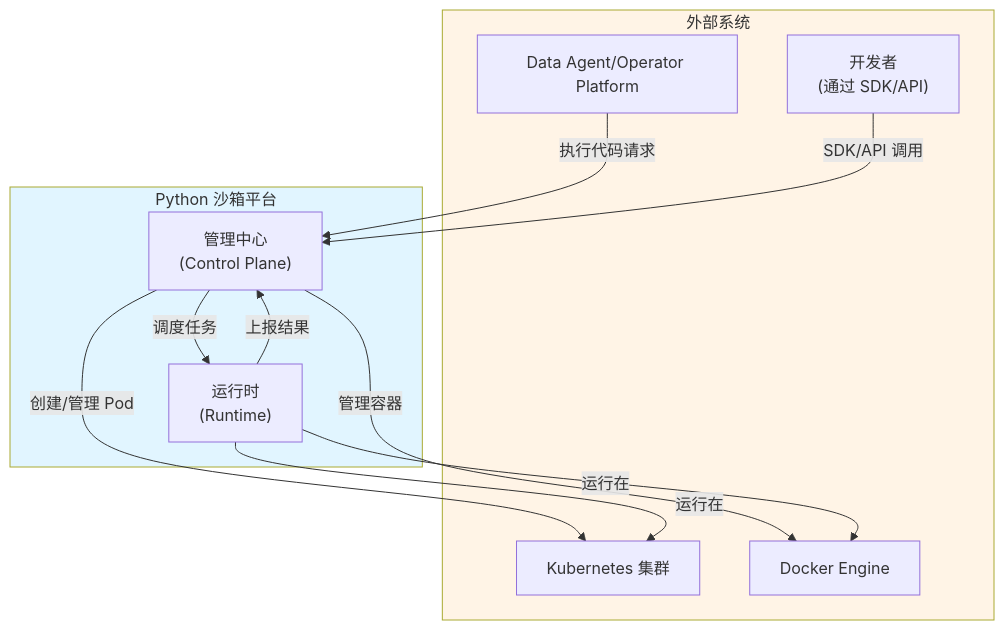
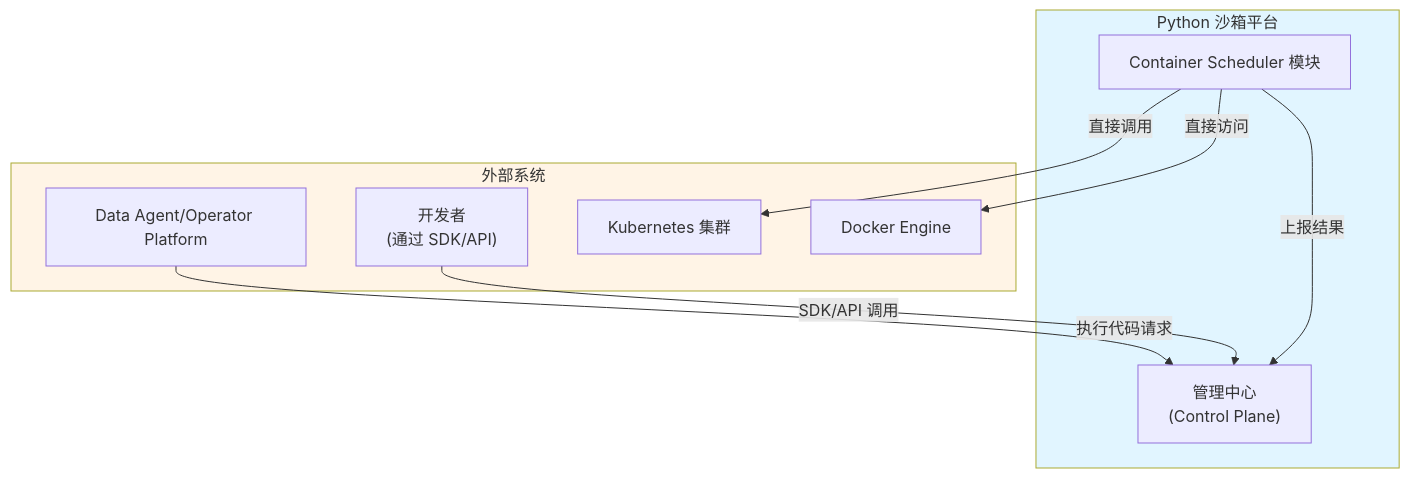
Before and after one commit to kweaver-ai/sandbox: the first of 13 diagrams in docs/sandbox-design-v2.1.md, drawn with Mermaid. The commit also changed other lines of this file and 8 other files, not shown here.

````diff
--- a/docs/sandbox-design-v2.1.md
+++ b/docs/sandbox-design-v2.1.md
@@ -17,26 +17,23 @@
 ```mermaid
 graph TB
     subgraph External["外部系统"]
         上层服务["Data Agent/Operator Platform"]
         Dev["开发者<br/>(通过 SDK/API)"]
         K8s["Kubernetes 集群"]
         Docker["Docker Engine"]
     end
-    
+
     subgraph SandboxPlatform["Python 沙箱平台"]
         ControlPlane["管理中心<br/>(Control Plane)"]
-        Runtime["运行时<br/>(Runtime)"]
+        ContainerScheduler["Container Scheduler 模块"]
     end
-    
+
     上层服务 -->|执行代码请求| ControlPlane
     Dev -->|SDK/API 调用| ControlPlane
-    ControlPlane -->|调度任务| Runtime
-    ControlPlane -->|创建/管理 Pod| K8s
-    ControlPlane -->|管理容器| Docker
-    Runtime -->|上报结果| ControlPlane
-    Runtime -->|运行在| K8s
-    Runtime -->|运行在| Docker
-    
+    ContainerScheduler -->|直接调用| K8s
+    ContainerScheduler -->|直接访问| Docker
+    ContainerScheduler -->|上报结果| ControlPlane
+
     style SandboxPlatform fill:#e1f5ff
     style External fill:#fff4e6
 ```
````
